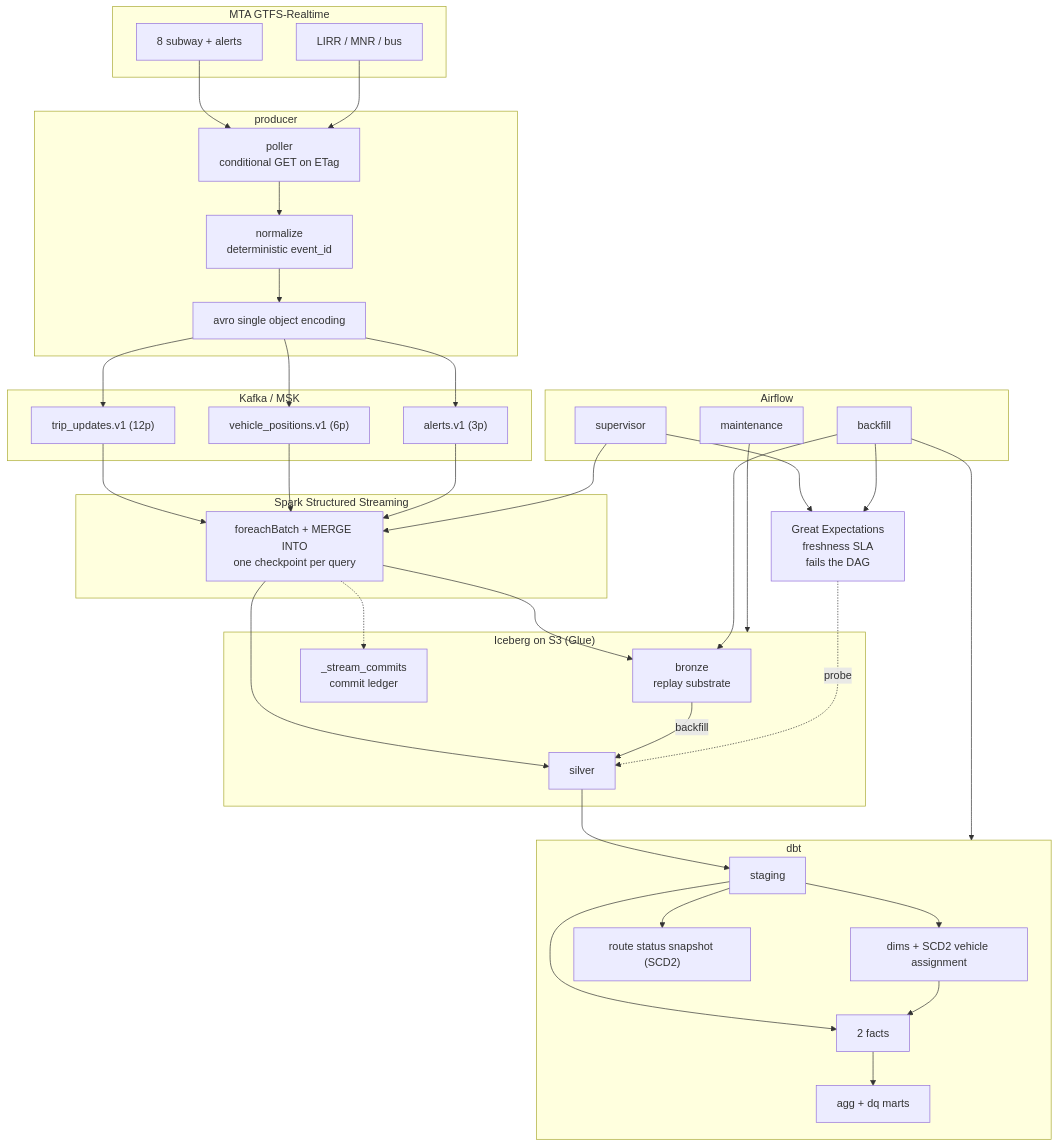
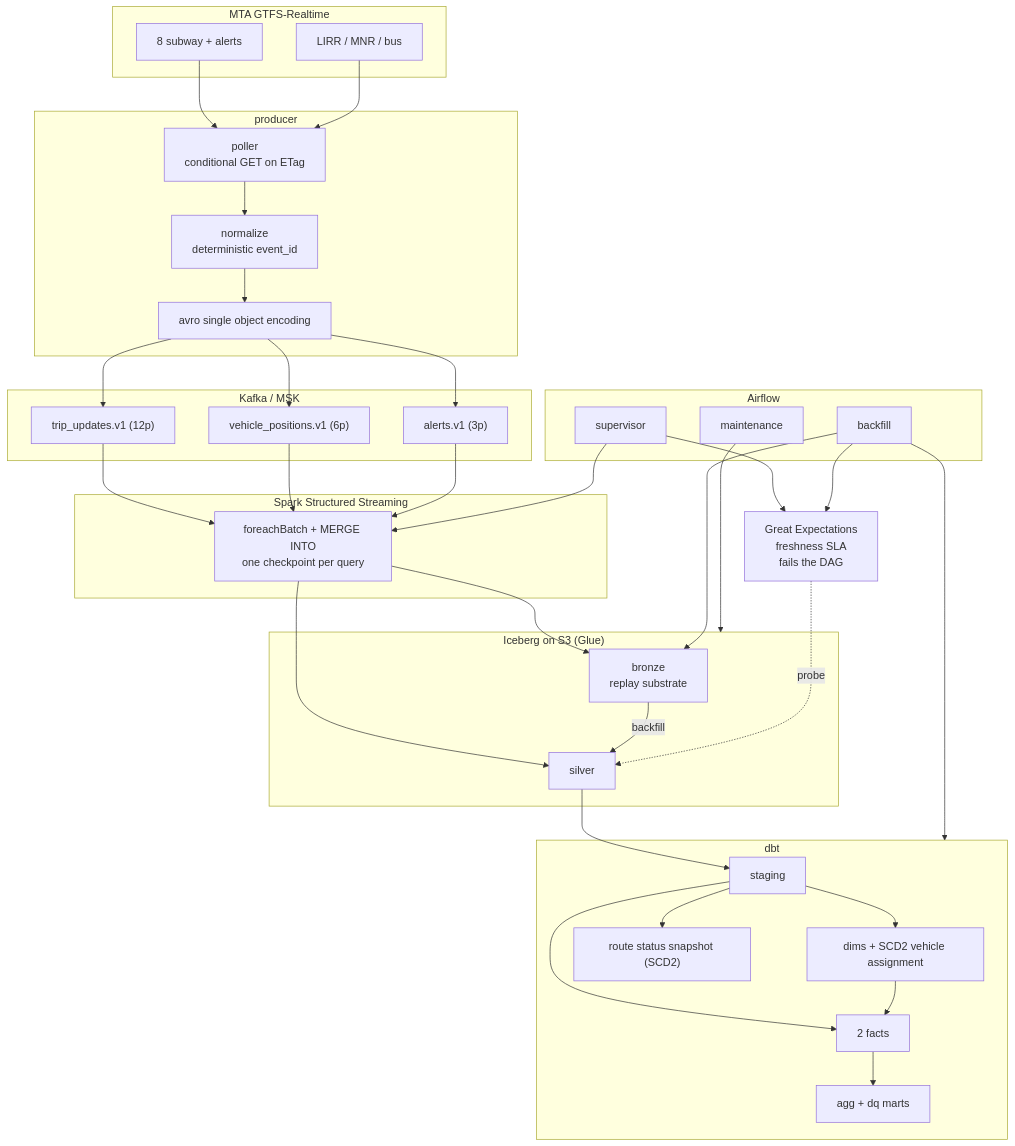
The diagram in README.md (husseinmohab/nyc-transit-lakehouse), drawn with Mermaid before and after one commit. The commit also changed other lines of this file and 4 other files, not shown here.

````diff
--- a/README.md
+++ b/README.md
@@ -13,63 +13,61 @@
 ```mermaid
 flowchart TB
     subgraph src["MTA GTFS-Realtime"]
         F1["8 subway + alerts"]
         F2["LIRR / MNR / bus"]
     end
 
     subgraph ingest["producer"]
         P["poller<br/>conditional GET on ETag"]
         N["normalize<br/>deterministic event_id"]
         A["avro single object encoding"]
     end
 
     subgraph kafka["Kafka / MSK"]
         K1["trip_updates.v1 (12p)"]
         K2["vehicle_positions.v1 (6p)"]
         K3["alerts.v1 (3p)"]
     end
 
     subgraph spark["Spark Structured Streaming"]
         S["foreachBatch + MERGE INTO<br/>one checkpoint per query"]
     end
 
     subgraph lake["Iceberg on S3 (Glue)"]
         B["bronze<br/>replay substrate"]
         SI["silver"]
-        L["_stream_commits<br/>commit ledger"]
     end
 
     subgraph dbt["dbt"]
         ST["staging"]
         DIM["dims + SCD2 vehicle assignment"]
         SNAP["route status snapshot (SCD2)"]
         FCT["2 facts"]
         AGG["agg + dq marts"]
     end
 
     subgraph orch["Airflow"]
         D1["supervisor"]
         D2["backfill"]
         D3["maintenance"]
     end
 
     GE["Great Expectations<br/>freshness SLA<br/>fails the DAG"]
 
     F1 & F2 --> P --> N --> A
     A --> K1 & K2 & K3
     K1 & K2 & K3 --> S
     S --> B
     S --> SI
-    S -.-> L
     B -->|backfill| SI
     SI --> ST --> DIM & FCT
     DIM --> FCT --> AGG
     ST --> SNAP
     D1 --> S
     D1 --> GE
     D2 --> B
     D2 --> GE
     D2 --> dbt
     D3 --> lake
     GE -.->|probe| SI
 ```
````
